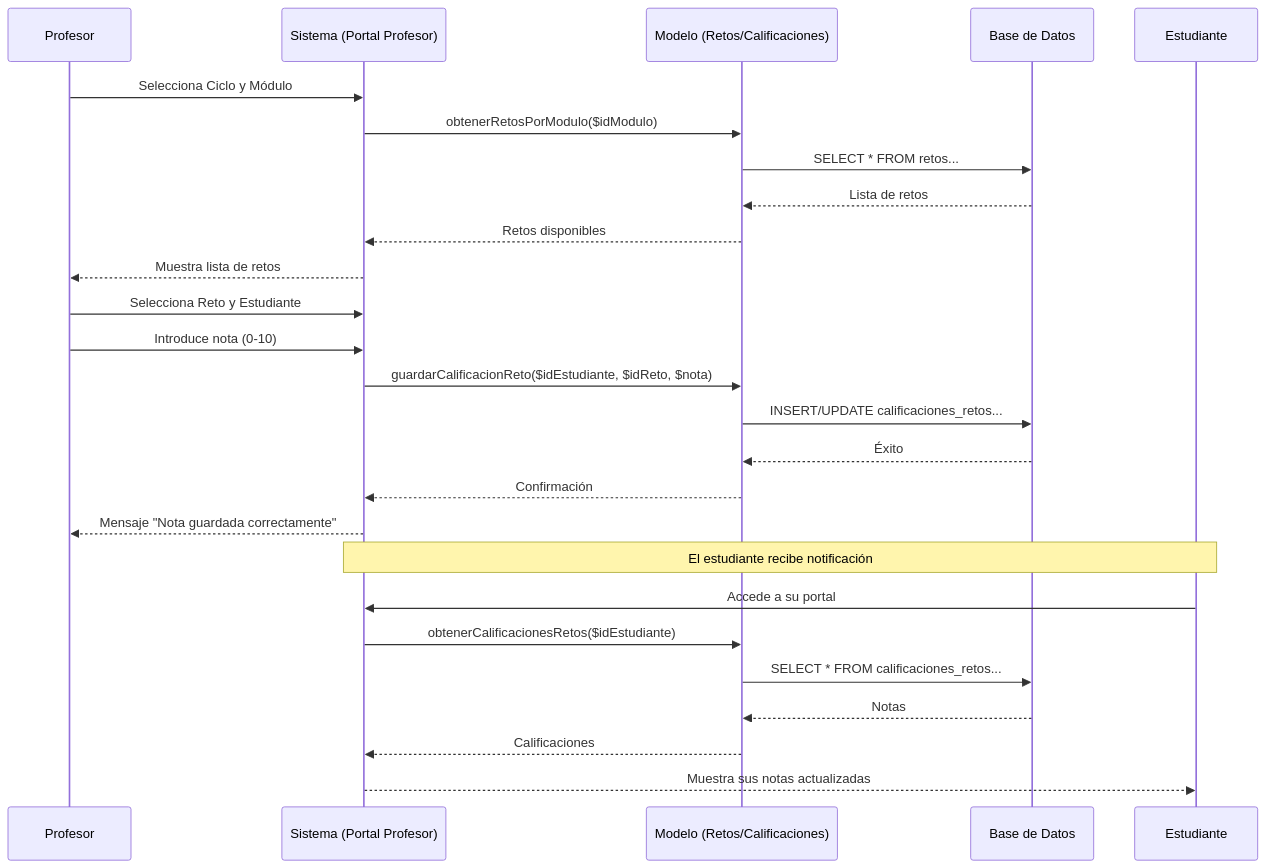
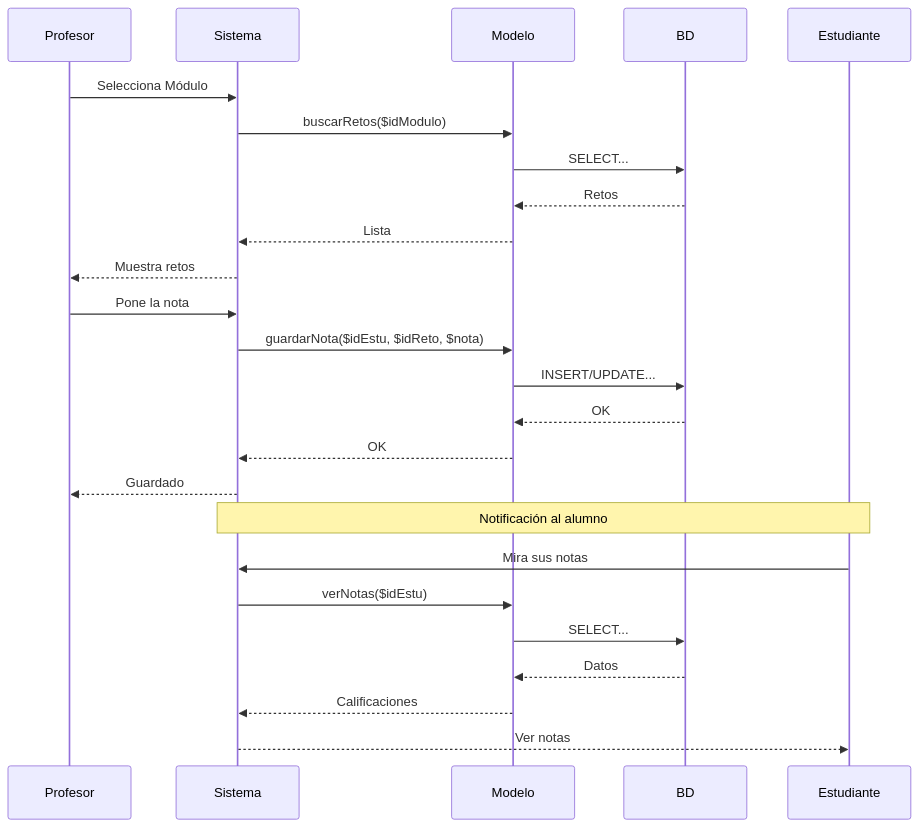
Before and after one commit to yassinlahhit95/pfc: the second of 2 diagrams in diagramas.md, drawn with Mermaid. The commit also changed other lines of this file and 14 other files, not shown here.

````diff
--- a/diagramas.md
+++ b/diagramas.md
@@ -152,31 +154,30 @@
 ```mermaid
 sequenceDiagram
     participant P as Profesor
-    participant S as Sistema (Portal Profesor)
-    participant M as Modelo (Retos/Calificaciones)
-    participant B as Base de Datos
+    participant S as Sistema
+    participant M as Modelo
+    participant B as BD
     participant E as Estudiante
 
-    P->>S: Selecciona Ciclo y Módulo
-    S->>M: obtenerRetosPorModulo($idModulo)
-    M->>B: SELECT * FROM retos...
-    B-->>M: Lista de retos
-    M-->>S: Retos disponibles
-    S-->>P: Muestra lista de retos
+    P->>S: Selecciona Módulo
+    S->>M: buscarRetos($idModulo)
+    M->>B: SELECT...
+    B-->>M: Retos
+    M-->>S: Lista
+    S-->>P: Muestra retos
 
-    P->>S: Selecciona Reto y Estudiante
-    P->>S: Introduce nota (0-10)
-    S->>M: guardarCalificacionReto($idEstudiante, $idReto, $nota)
-    M->>B: INSERT/UPDATE calificaciones_retos...
-    B-->>M: Éxito
-    M-->>S: Confirmación
-    S-->>P: Mensaje "Nota guardada correctamente"
+    P->>S: Pone la nota
+    S->>M: guardarNota($idEstu, $idReto, $nota)
+    M->>B: INSERT/UPDATE...
+    B-->>M: OK
+    M-->>S: OK
+    S-->>P: Guardado
 
-    Note over S,E: El estudiante recibe notificación
-    E->>S: Accede a su portal
-    S->>M: obtenerCalificacionesRetos($idEstudiante)
-    M->>B: SELECT * FROM calificaciones_retos...
-    B-->>M: Notas
+    Note over S,E: Notificación al alumno
+    E->>S: Mira sus notas
+    S->>M: verNotas($idEstu)
+    M->>B: SELECT...
+    B-->>M: Datos
     M-->>S: Calificaciones
-    S-->>E: Muestra sus notas actualizadas
+    S-->>E: Ver notas
 ```
````
